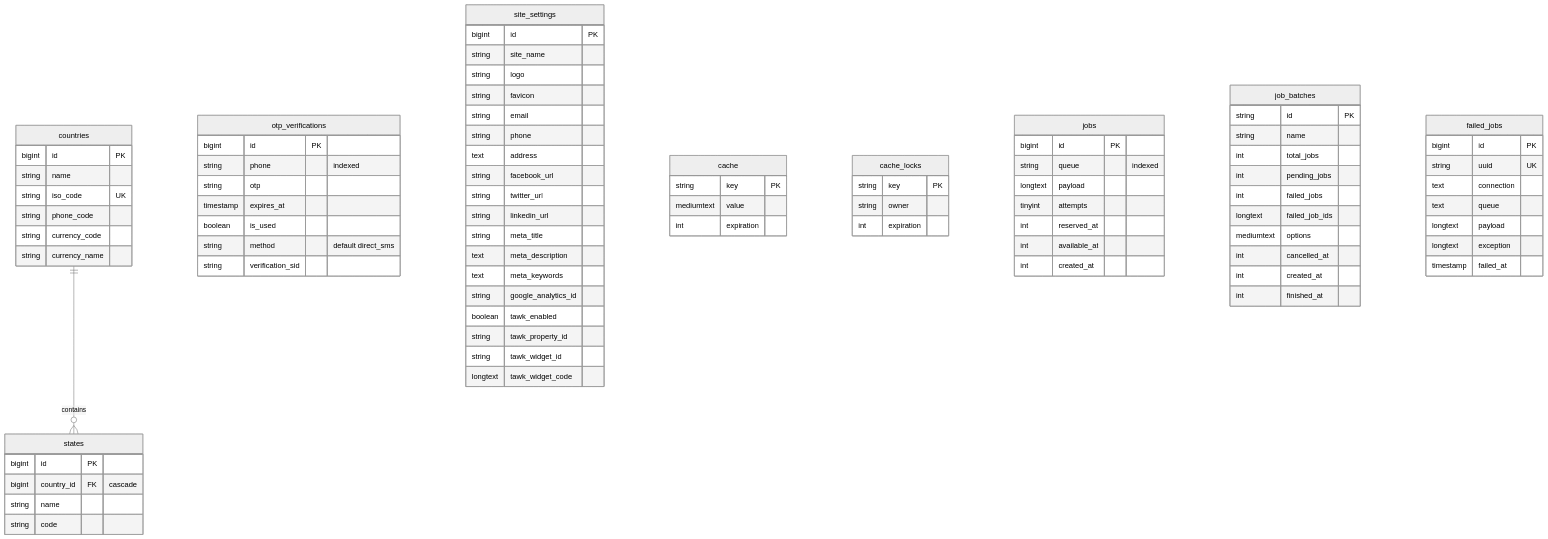
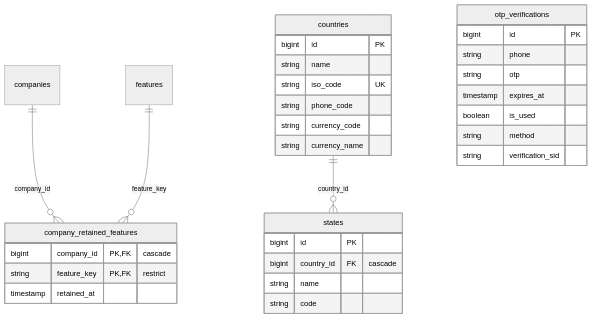
One commit to anambrur/driver_qualification changed the ninth of 9 diagrams in docs/erd.md. Above: the diagram before and after it, drawn with Mermaid (neutral theme). The commit also changed other lines of this file and 23 other files, not shown here.

````diff
--- a/docs/erd.md
+++ b/docs/erd.md
@@ -691,5 +897,13 @@
 ```mermaid
 erDiagram
+  companies ||--o{ company_retained_features : "company_id"
+  features ||--o{ company_retained_features : "feature_key"
+  countries ||--o{ states : "country_id"
+  company_retained_features {
+    bigint company_id PK, FK "cascade"
+    string feature_key PK, FK "restrict"
+    timestamp retained_at
+  }
   countries {
     bigint id PK
     string name
@@ -698,80 +912,19 @@
     string currency_code
     string currency_name
   }
+  otp_verifications {
+    bigint id PK
+    string phone
+    string otp
+    timestamp expires_at
+    boolean is_used
+    string method
+    string verification_sid
+  }
   states {
     bigint id PK
     bigint country_id FK "cascade"
     string name
     string code
   }
-  otp_verifications {
-    bigint id PK
-    string phone "indexed"
-    string otp
-    timestamp expires_at
-    boolean is_used
-    string method "default direct_sms"
-    string verification_sid
-  }
-  site_settings {
-    bigint id PK
-    string site_name
-    string logo
-    string favicon
-    string email
-    string phone
-    text address
-    string facebook_url
-    string twitter_url
-    string linkedin_url
-    string meta_title
-    text meta_description
-    text meta_keywords
-    string google_analytics_id
-    boolean tawk_enabled
-    string tawk_property_id
-    string tawk_widget_id
-    longtext tawk_widget_code
-  }
-  cache {
-    string key PK
-    mediumtext value
-    int expiration
-  }
-  cache_locks {
-    string key PK
-    string owner
-    int expiration
-  }
-  jobs {
-    bigint id PK
-    string queue "indexed"
-    longtext payload
-    tinyint attempts
-    int reserved_at
-    int available_at
-    int created_at
-  }
-  job_batches {
-    string id PK
-    string name
-    int total_jobs
-    int pending_jobs
-    int failed_jobs
-    longtext failed_job_ids
-    mediumtext options
-    int cancelled_at
-    int created_at
-    int finished_at
-  }
-  failed_jobs {
-    bigint id PK
-    string uuid UK
-    text connection
-    text queue
-    longtext payload
-    longtext exception
-    timestamp failed_at
-  }
-  countries ||--o{ states : "contains"
 ```
````
